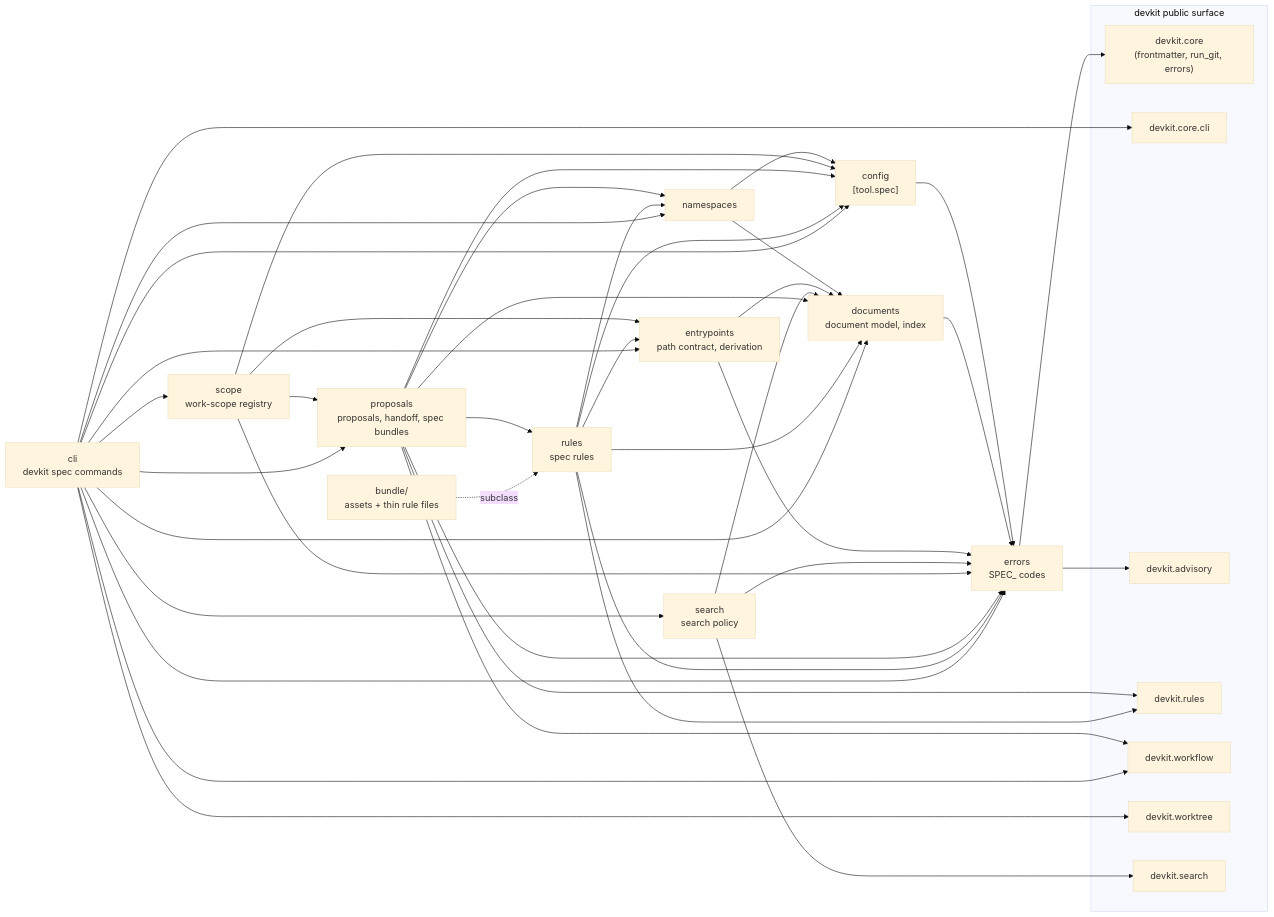
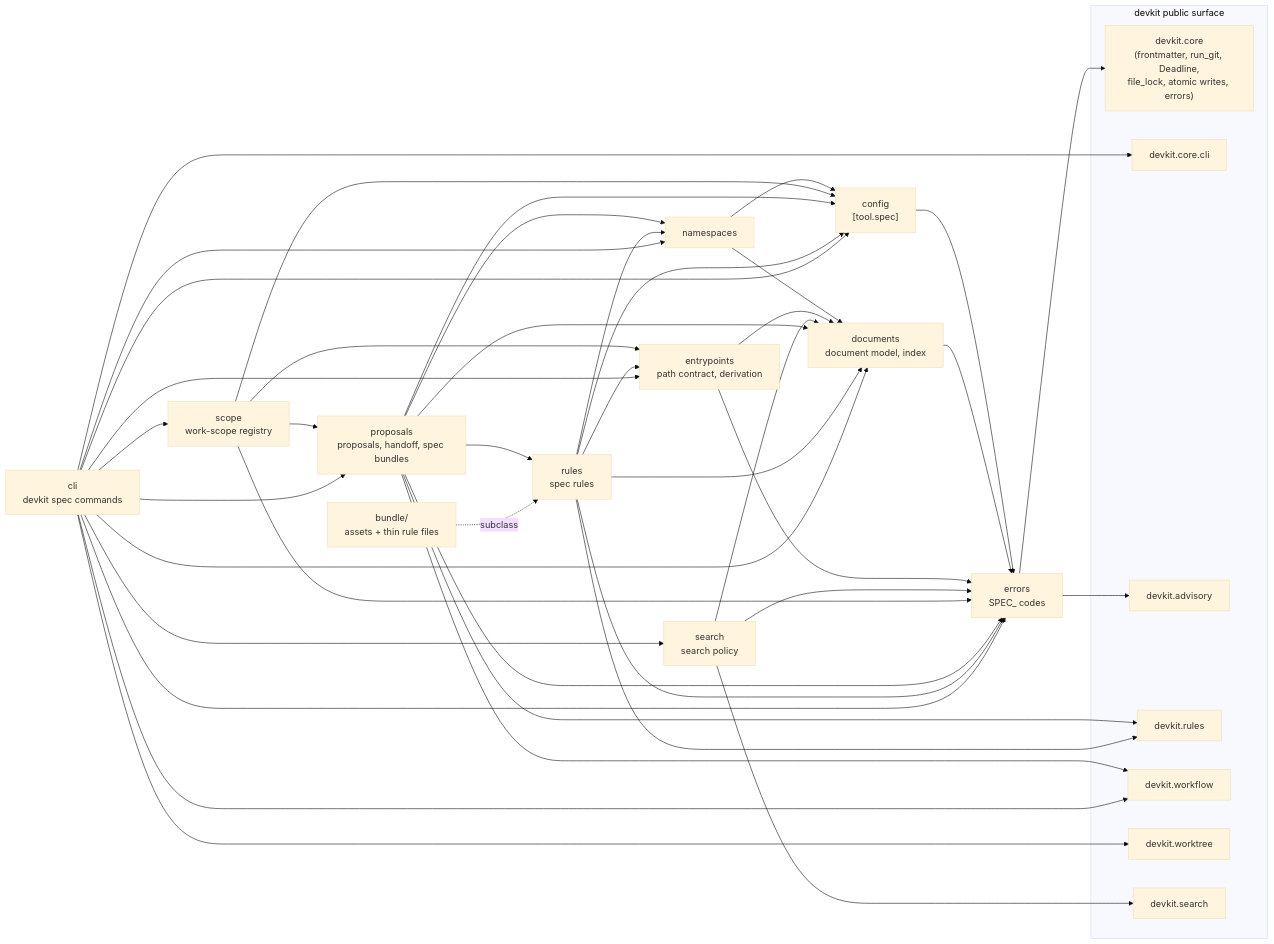
One commit to mjkimR/devkit-spec changed the diagram in docs/architecture/ARCH-05-2-components.md. Above: the diagram before and after it, drawn with Mermaid (base theme). The commit also changed other lines of this file and 13 other files, not shown here.

Commit message:
docs: update architecture and scope modules to integrate core devkit utilities

````diff
--- a/docs/architecture/ARCH-05-2-components.md
+++ b/docs/architecture/ARCH-05-2-components.md
@@ -20,41 +20,41 @@
 ```mermaid
 flowchart LR
     cli["cli<br>devkit spec commands"]
     bundle["bundle/<br>assets + thin rule files"]
     rules["rules<br>spec rules"]
     proposals["proposals<br>proposals, handoff, spec bundles"]
     scope["scope<br>work-scope registry"]
     search["search<br>search policy"]
     entrypoints["entrypoints<br>path contract, derivation"]
     namespaces["namespaces"]
     documents["documents<br>document model, index"]
     config["config<br>[tool.spec]"]
     errors["errors<br>SPEC_ codes"]
 
     cli --> proposals & scope & search & entrypoints & namespaces & documents & config & errors
     bundle -.->|"subclass"| rules
     rules --> entrypoints & namespaces & documents & config & errors
     proposals --> rules & namespaces & documents & config & errors
     scope --> proposals & entrypoints & config & errors
     search --> documents & errors
     entrypoints --> documents & errors
     namespaces --> documents & config
     documents --> errors
     config --> errors
 
     subgraph devkit ["devkit public surface"]
-        dcore["devkit.core<br>(frontmatter, run_git, errors)"]
+        dcore["devkit.core<br>(frontmatter, run_git, Deadline,<br>file_lock, atomic writes, errors)"]
         dcli["devkit.core.cli"]
         dadv["devkit.advisory"]
         drules["devkit.rules"]
         dwf["devkit.workflow"]
         dwt["devkit.worktree"]
         dsearch["devkit.search"]
     end
 
     cli --> dcli & dwf & dwt
     rules --> drules
     proposals --> dwf & drules
     search --> dsearch
     errors --> dadv & dcore
 ```
````
